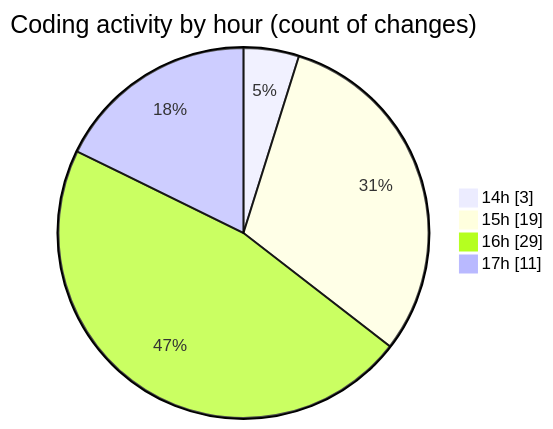
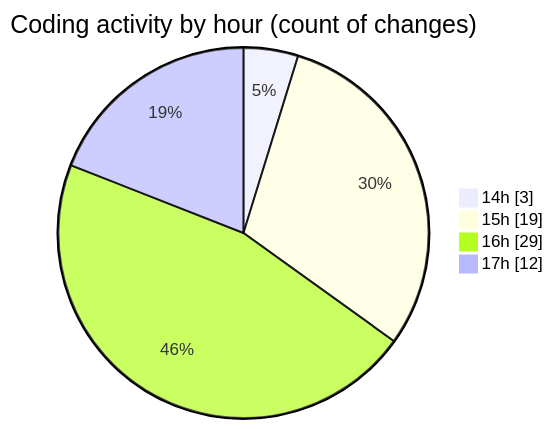
One commit to debugP/code-tracking changed the second of 2 diagrams in 2025-10-02/untitled__workspace_/README.md. Above: the diagram before and after it, drawn with Mermaid. The commit also changed other lines of this file and 1 other file, not shown here.

````diff
--- a/2025-10-02/untitled__workspace_/README.md
+++ b/2025-10-02/untitled__workspace_/README.md
@@ -29,8 +30,8 @@
 ```mermaid
 pie showData
 title Coding activity by hour (count of changes)
 "14h" : 3
 "15h" : 19
 "16h" : 29
-"17h" : 11
+"17h" : 12
 ```
````
